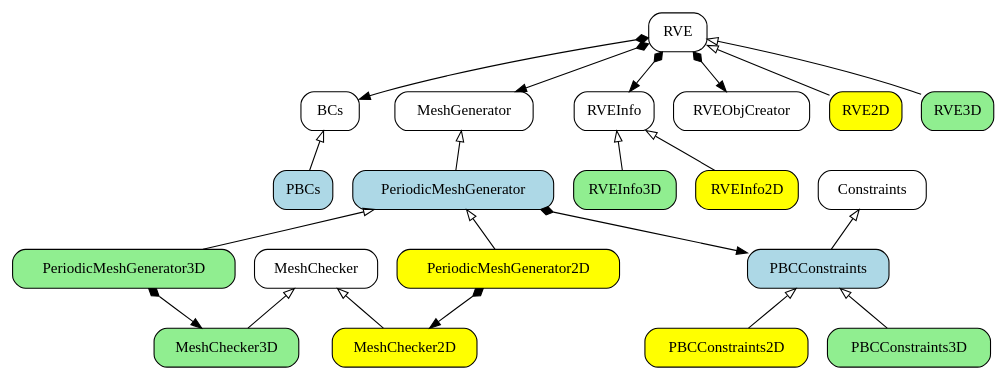
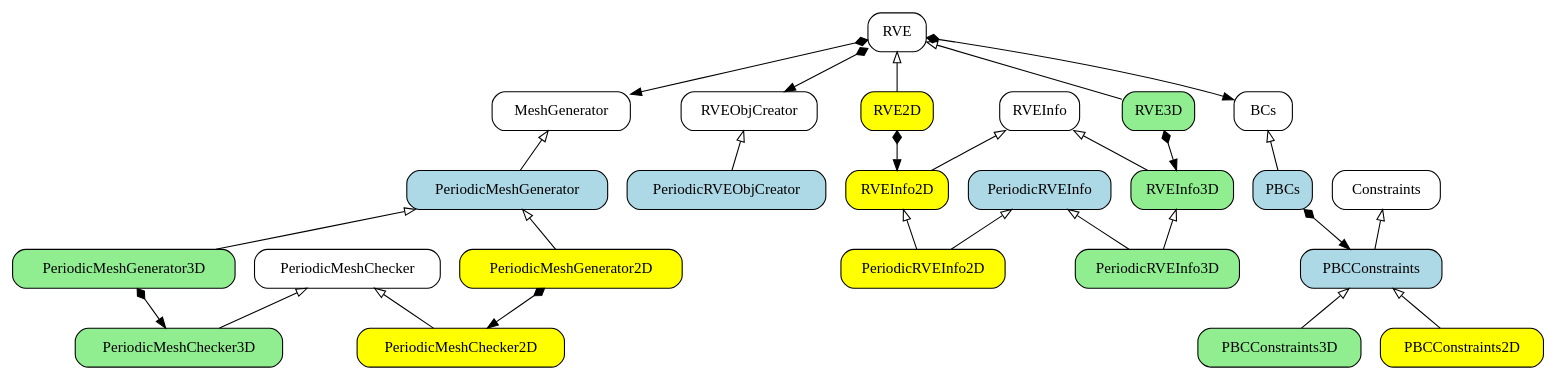
The diagram in uml/rve.gv (bessagroup/f3dasm), drawn with Graphviz before and after one commit. The commit also changed 4 other files, not shown here.

```diff
--- a/uml/rve.gv
+++ b/uml/rve.gv
@@ -1,64 +1,73 @@
 digraph RVE {
 
     node[shape=record, style=rounded]
     RVE[label = "{RVE}"]
     BCs[label = "{BCs}"]
     MeshGenerator[label = "{MeshGenerator}"]
-    MeshChecker[label = "{MeshChecker}"]
+    PeriodicMeshChecker[label = "{PeriodicMeshChecker}"]
     Constraints[label = "{Constraints}"]
     RVEInfo[label="{RVEInfo}"]
     RVEObjCreator[label="RVEObjCreator"]
 
     node[shape=record, style="rounded, filled", fillcolor=lightblue]
     PBCs[label = "{PBCs}"]
     PBCConstraints[label = "{PBCConstraints}"]
-    PeriodicMeshGenerator[label= "{PeriodicMeshGenerator}"]
+    PeriodicMeshGenerator[label = "{PeriodicMeshGenerator}"]
+    PeriodicRVEInfo[label = "{PeriodicRVEInfo}"]
+    PeriodRVEObjCreator[label = "{PeriodicRVEObjCreator}"]
 
     node[shape=record, style="rounded, filled", fillcolor=yellow]
     RVE2D[label = "{RVE2D}"]
     PBCConstraints2D[label = "{PBCConstraints2D}"]
     RVEInfo2D[label="{RVEInfo2D}"]
-    MeshChecker2D[label = "{MeshChecker2D}"]
+    PeriodicMeshChecker2D[label = "{PeriodicMeshChecker2D}"]
     PeriodicMeshGenerator2D[label= "{PeriodicMeshGenerator2D}"]
+    PeriodicRVEInfo2D[label="{PeriodicRVEInfo2D}"]
 
     node[shape=record, style="rounded, filled", fillcolor=lightgreen]
     RVE3D[label = "{RVE3D}"]
     PBCConstraints3D[label = "{PBCConstraints3D}"]
     RVEInfo3D[label="{RVEInfo3D}"]
-    MeshChecker3D[label = "{MeshChecker3D}"]
+    PeriodicMeshChecker3D[label = "{PeriodicMeshChecker3D}"]
     PeriodicMeshGenerator3D[label= "{PeriodicMeshGenerator3D}"]
+    PeriodicRVEInfo3D[label="{PeriodicRVEInfo3D}"]
 
 
     // generalizations
     edge[dir=back, arrowtail=empty, style=normal]
     RVE->RVE2D
     RVE->RVE3D
     BCs->PBCs
     MeshGenerator->PeriodicMeshGenerator
     Constraints->PBCConstraints
     PBCConstraints->PBCConstraints2D
     PBCConstraints->PBCConstraints3D
     RVEInfo->RVEInfo2D
     RVEInfo->RVEInfo3D
-    MeshChecker->MeshChecker2D
-    MeshChecker->MeshChecker3D
+    PeriodicMeshChecker->PeriodicMeshChecker2D
+    PeriodicMeshChecker->PeriodicMeshChecker3D
     PeriodicMeshGenerator->PeriodicMeshGenerator2D
     PeriodicMeshGenerator->PeriodicMeshGenerator3D
+    PeriodicRVEInfo->PeriodicRVEInfo2D
+    RVEInfo2D->PeriodicRVEInfo2D
+    PeriodicRVEInfo->PeriodicRVEInfo3D
+    RVEInfo3D->PeriodicRVEInfo3D
+    RVEObjCreator->PeriodRVEObjCreator
 
     // dependencies
     edge[dir=normal, arrowhead=normal, style=dashed]
+    // PeriodicMeshGenerator->RVEInfo
+    // PeriodicMeshChecker->RVEInfo
 
     // compositions
     edge[dir=both, arrowtail=diamond, arrowhead=normal, style=normal]
-    RVE->RVEInfo
+    RVE2D->RVEInfo2D
+    RVE3D->RVEInfo3D
     RVE->MeshGenerator
     RVE->BCs
-    PeriodicMeshGenerator2D->MeshChecker2D
-    PeriodicMeshGenerator3D->MeshChecker3D
+    PeriodicMeshGenerator2D->PeriodicMeshChecker2D
+    PeriodicMeshGenerator3D->PeriodicMeshChecker3D
     RVE->RVEObjCreator
-    PeriodicMeshGenerator->PBCConstraints
-
-
-
+    PBCs->PBCConstraints
 
 }
```
